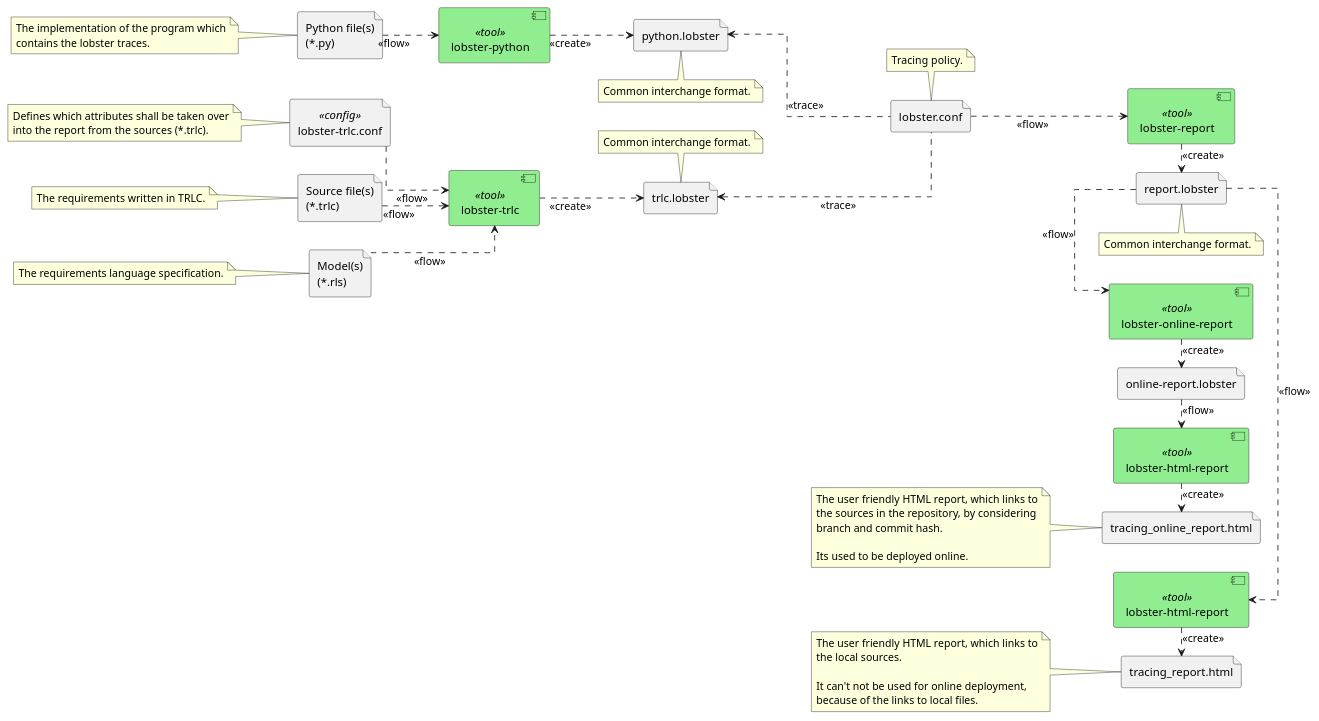
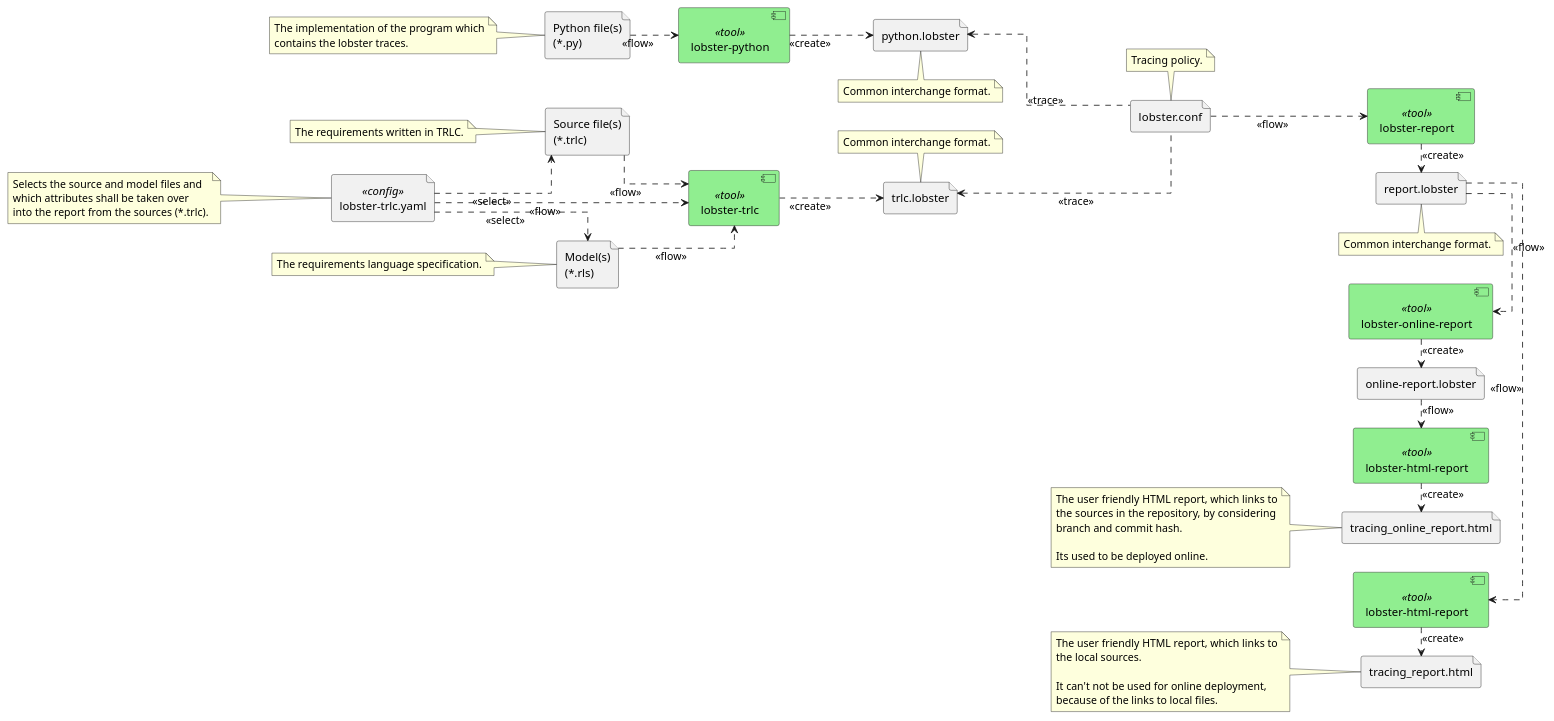
One commit to nhjschulz/pyTRLCConverter changed the diagram in tools/lobster/tracing_toolchain.puml. Above: the diagram before and after it, drawn with PlantUML.

Commit message:
Toolchain diagram updated for bmw-lobster 1.0.0 changes.

```diff
--- a/tools/lobster/tracing_toolchain.puml
+++ b/tools/lobster/tracing_toolchain.puml
@@ -1,103 +1,106 @@
 @startuml
 
 left to right direction
 skinparam linetype ortho
 skinparam component {
     BackgroundColor #lightgreen
 }
 
 component "lobster-trlc" as lobsterTrlc<<tool>>
 component "lobster-python" as lobsterPython<<tool>>
 component "lobster-report" as lobsterReport<<tool>>
 component "lobster-online-report" as lobsterOnlineReport<<tool>>
 component "lobster-html-report" as lobsterHtmlReport<<tool>>
 component "lobster-html-report" as lobsterHtmlReportOnline<<tool>>
 
-file "lobster-trlc.conf" as lobsterTrlcConf<<config>>
+file "lobster-trlc.yaml" as lobsterTrlcConf<<config>>
 file "trlc.lobster" as trlcLobsterFile
 file "Source file(s)\n(*.trlc)" as sourceFiles
 file "Model(s)\n(*.rls)" as modelFiles
 file "Python file(s)\n(*.py)" as pythonFiles
 file "python.lobster" as pythonLobsterFile
 file "report.lobster" as reportLobsterFile
 file "online-report.lobster" as onlineReportLobsterFile
 file "lobster.conf" as lobsterConf
 file "tracing_report.html" as tracingReportHtml
 file "tracing_online_report.html" as tracingOnlineReportHtml
 
 lobsterTrlc ..> trlcLobsterFile: <<create>>
 
-lobsterTrlcConf ..> lobsterTrlc: <<flow>>
+lobsterTrlcConf ...> lobsterTrlc: <<flow>>
+lobsterTrlcConf ..> sourceFiles: <<select>>
+lobsterTrlcConf ..> modelFiles: <<select>>
 
 sourceFiles ..> lobsterTrlc: <<flow>>
 modelFiles ..> lobsterTrlc: <<flow>>
 
 pythonFiles ..> lobsterPython: <<flow>>
 lobsterPython ..> pythonLobsterFile: <<create>>
 
 lobsterConf ..> lobsterReport: <<flow>>
 lobsterReport  .> reportLobsterFile: <<create>>
 
 trlcLobsterFile <.. lobsterConf: <<trace>>
 pythonLobsterFile <.. lobsterConf: <<trace>>
 
 reportLobsterFile .> lobsterHtmlReport: <<flow>>
 lobsterHtmlReport .> tracingReportHtml: <<create>>
 
 reportLobsterFile .> lobsterOnlineReport: <<flow>>
 lobsterOnlineReport .> onlineReportLobsterFile: <<create>>
 
 onlineReportLobsterFile .> lobsterHtmlReportOnline: <<flow>>
 lobsterHtmlReportOnline .> tracingOnlineReportHtml: <<create>>
 
 note left of lobsterTrlcConf
-    Defines which attributes shall be taken over
+    Selects the source and model files and
+    which attributes shall be taken over
     into the report from the sources (*.trlc).
 end note
 
 note bottom of pythonLobsterFile
     Common interchange format.
 end note
 
 note top of lobsterConf
     Tracing policy.
 end note
 
 note top of trlcLobsterFile
     Common interchange format.
 end note
 
 note left of sourceFiles
     The requirements written in TRLC.
 end note
 
 note left of modelFiles
     The requirements language specification.
 end note
 
 note left of pythonFiles
     The implementation of the program which
     contains the lobster traces.
 end note
 
 note bottom of reportLobsterFile
     Common interchange format.
 end note
 
 note left of tracingReportHtml
     The user friendly HTML report, which links to
     the local sources.
     
     It can't not be used for online deployment,
     because of the links to local files.
 end note
 
 note left of tracingOnlineReportHtml
     The user friendly HTML report, which links to
     the sources in the repository, by considering
     branch and commit hash.
 
     Its used to be deployed online.
 end note
 
 @enduml
```
